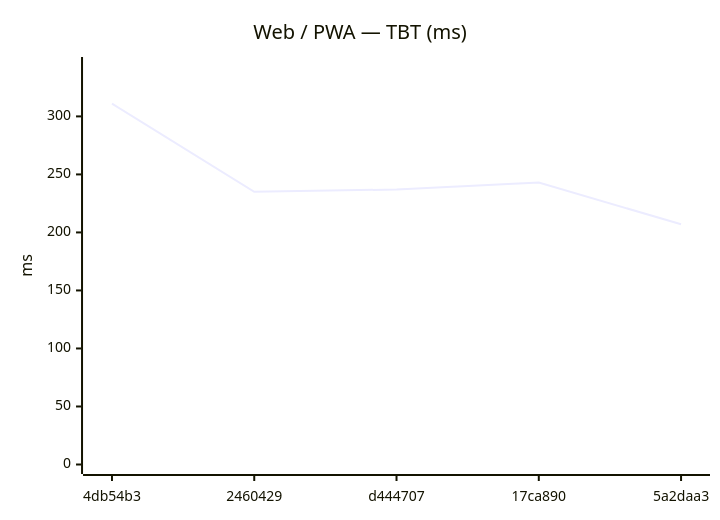
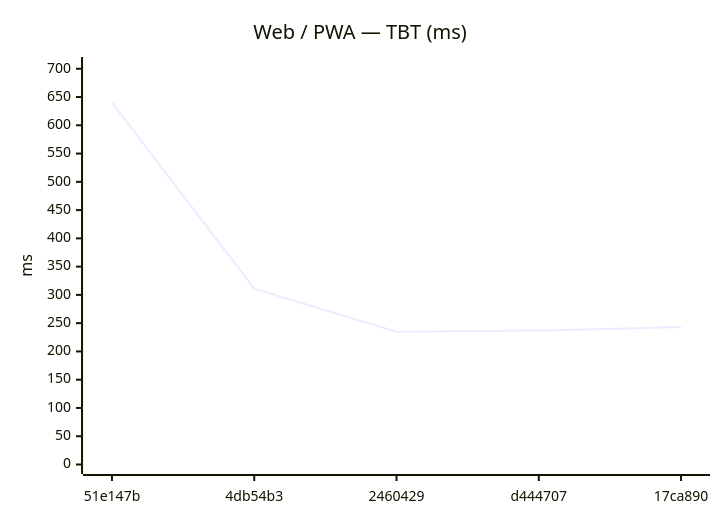
Before and after one commit to Metaheurist/Rianell: the eighth of 18 diagrams in benchmarks/compare.md, drawn with Mermaid. The commit also changed other lines of this file and 11 other files, not shown here.

````diff
--- a/benchmarks/compare.md
+++ b/benchmarks/compare.md
@@ -124,7 +124,7 @@
 ```mermaid
 xychart-beta
     title "Web / PWA — TBT (ms)"
-    x-axis ["4db54b3", "2460429", "d444707", "17ca890", "5a2daa3"]
-    y-axis "ms" 0 --> 343
-    line [311, 235, 237, 243, 207]
+    x-axis ["51e147b", "4db54b3", "2460429", "d444707", "17ca890"]
+    y-axis "ms" 0 --> 704
+    line [640, 311, 235, 237, 243]
 ```
````
